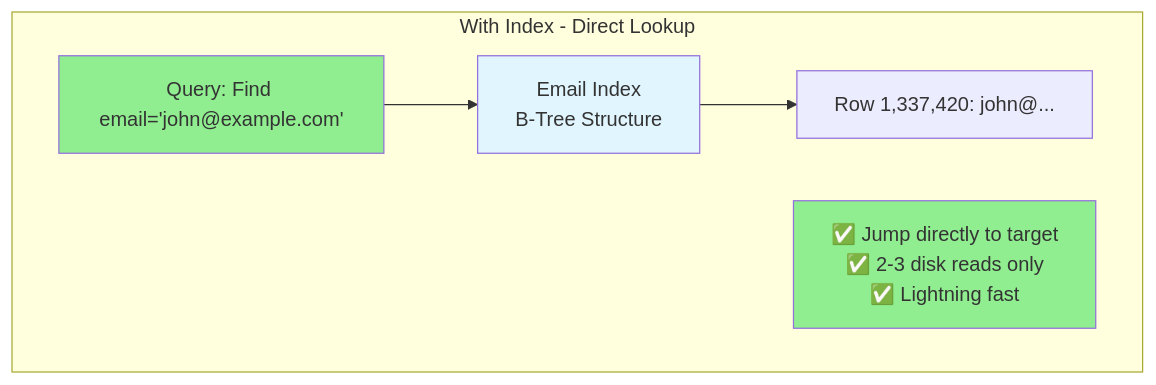
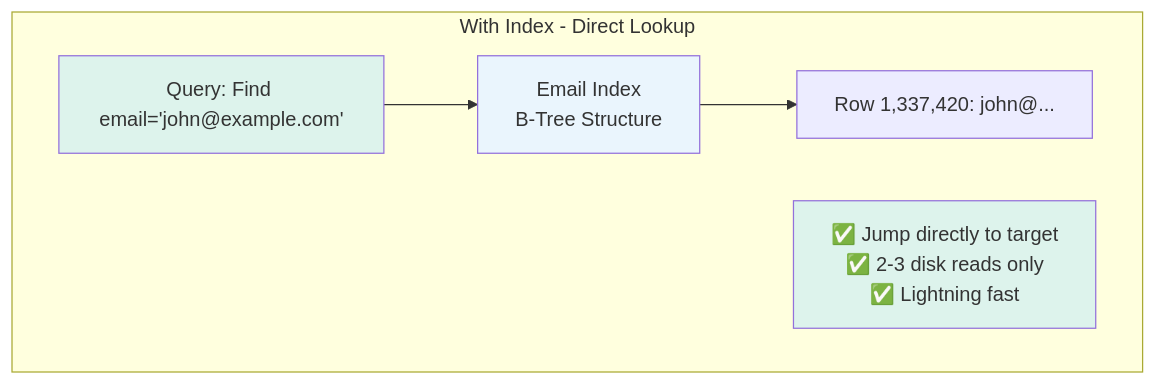
One commit to cartmancodes/InterviewVault changed the second of 34 diagrams in LLD/CoreConcepts/DataIndexing.md. Above: the diagram before and after it, drawn with Mermaid. The commit also changed other lines of this file and 679 other files, not shown here.

Commit message:
Unify content diagrams and add accessible visual walkthroughs

````diff
--- a/LLD/CoreConcepts/DataIndexing.md
+++ b/LLD/CoreConcepts/DataIndexing.md
@@ -45,17 +45,17 @@
 ```mermaid
 graph TB
     subgraph "With Index - Direct Lookup"
         Q2[Query: Find email='john@example.com']
         IDX[Email Index<br/>B-Tree Structure]
         TARGET[Row 1,337,420: john@...]
         
         Q2 --> IDX
         IDX --> TARGET
         
         NOTE2[✅ Jump directly to target<br/>✅ 2-3 disk reads only<br/>✅ Lightning fast]
     end
     
-    style Q2 fill:#90EE90
-    style IDX fill:#e1f5ff
-    style NOTE2 fill:#90EE90
+    style Q2 fill:#DDF3EC
+    style IDX fill:#EAF5FD
+    style NOTE2 fill:#DDF3EC
 ```
````
